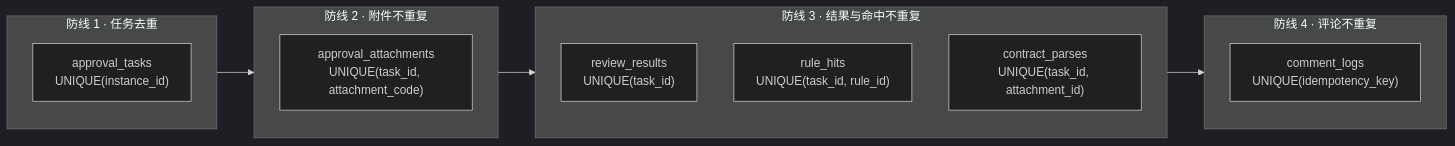
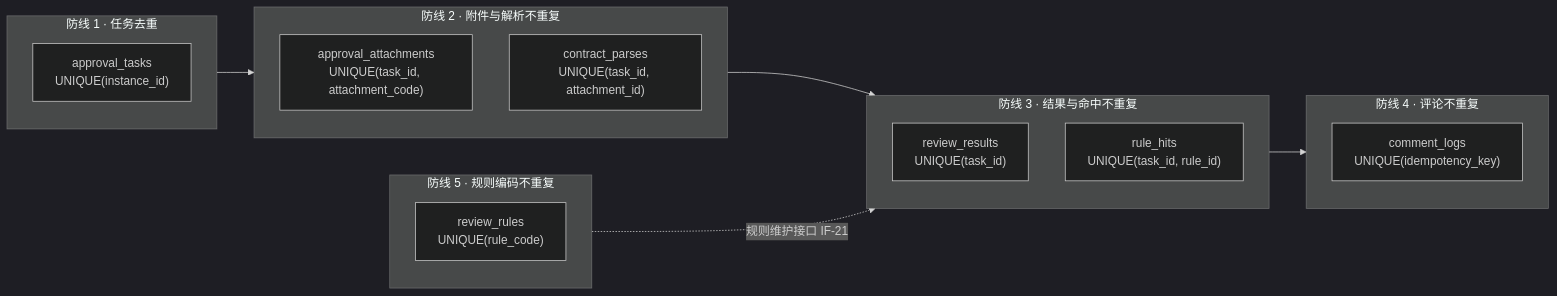
One commit to lihaozhen-max/ClauseGuard changed diagram 12 of 15 in docs/架构图.md. Above: the diagram before and after it, drawn with Mermaid (dark theme). The commit also changed other lines of this file and 2 other files, not shown here.

First line of the commit message:
docs(架构): 架构图同步到 v1.1 —— 加"给小白"的讲解层 + 修正 7 处与代码脱节

````diff
--- a/docs/架构图.md
+++ b/docs/架构图.md
@@ -641,18 +859,22 @@
 ```mermaid
 flowchart LR
     subgraph F1["防线 1 · 任务去重"]
         A1["approval_tasks<br/>UNIQUE(instance_id)"]
     end
-    subgraph F2["防线 2 · 附件不重复"]
+    subgraph F2["防线 2 · 附件与解析不重复"]
         A2["approval_attachments<br/>UNIQUE(task_id, attachment_code)"]
+        A5["contract_parses<br/>UNIQUE(task_id, attachment_id)"]
     end
     subgraph F3["防线 3 · 结果与命中不重复"]
         A3["review_results<br/>UNIQUE(task_id)"]
         A4["rule_hits<br/>UNIQUE(task_id, rule_id)"]
-        A5["contract_parses<br/>UNIQUE(task_id, attachment_id)"]
     end
     subgraph F4["防线 4 · 评论不重复"]
         A6["comment_logs<br/>UNIQUE(idempotency_key)"]
     end
+    subgraph F5["防线 5 · 规则编码不重复"]
+        A7["review_rules<br/>UNIQUE(rule_code)"]
+    end
     F1 --> F2 --> F3 --> F4
+    F5 -.->|"规则维护接口 IF-21"| F3
 ```
````
